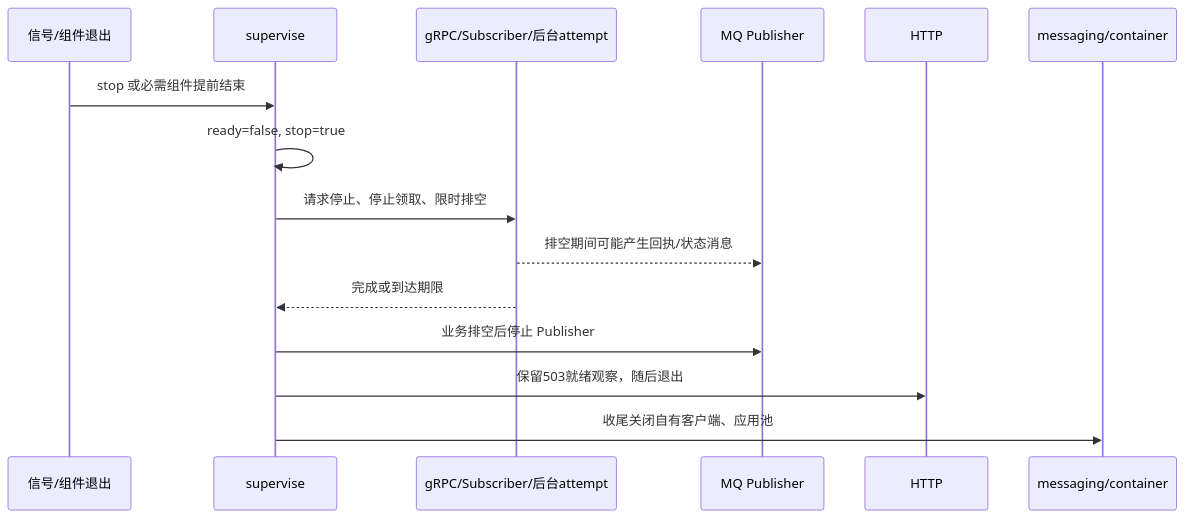
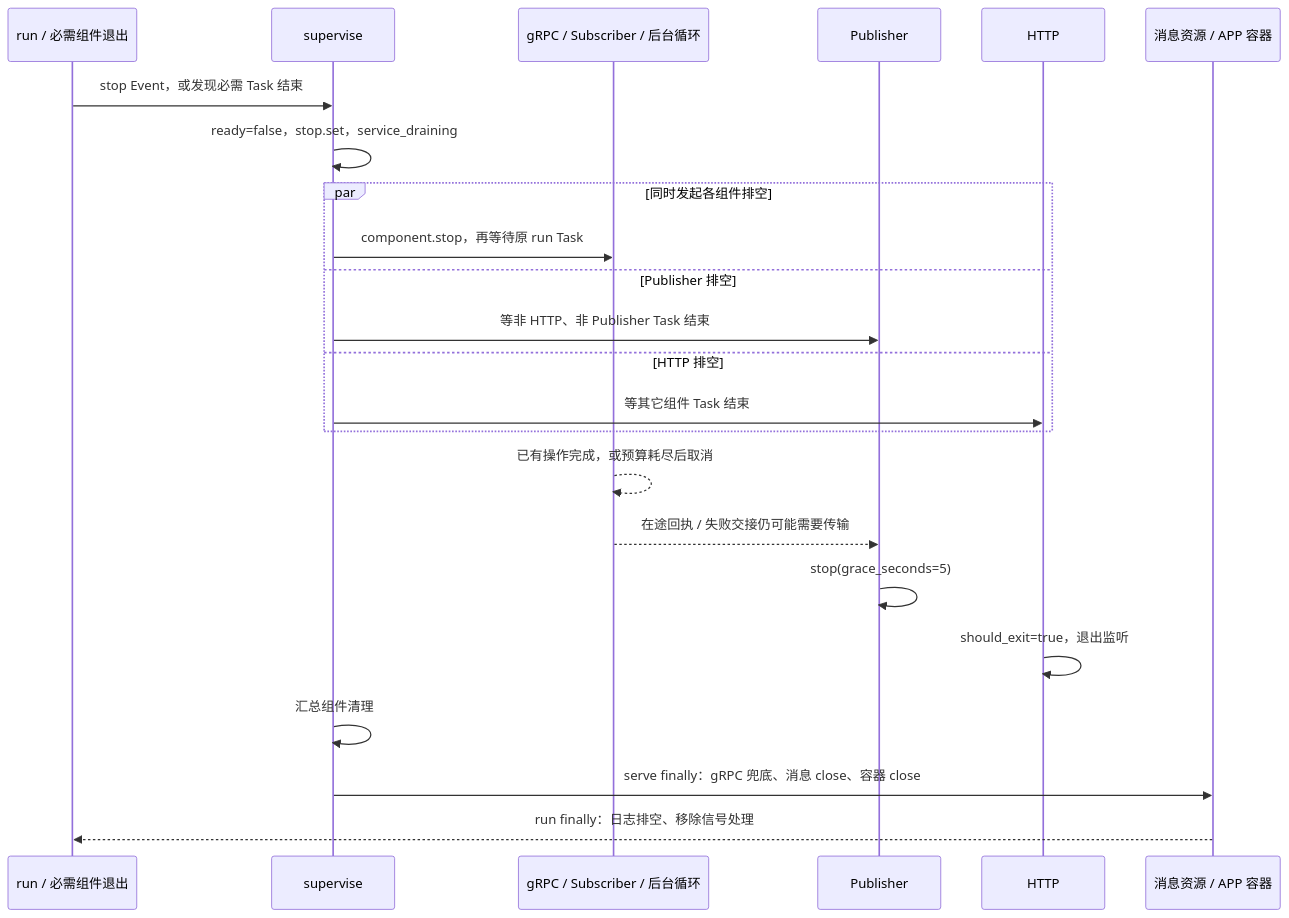
Before and after one commit to FangcunMount/qs-ai: the diagram in docs/01-运行时/04-生命周期与优雅关闭.md, drawn with Mermaid. The commit also changed other lines of this file and 1 other file, not shown here.

````diff
--- a/docs/01-运行时/04-生命周期与优雅关闭.md
+++ b/docs/01-运行时/04-生命周期与优雅关闭.md
@@ -11,17 +25,25 @@
 ```mermaid
 sequenceDiagram
-    participant Signal as 信号/组件退出
-    participant Supervisor as supervise
-    participant Business as gRPC/Subscriber/后台attempt
-    participant Publisher as MQ Publisher
-    participant HTTP as HTTP
-    participant Resources as messaging/container
-    Signal->>Supervisor: stop 或必需组件提前结束
-    Supervisor->>Supervisor: ready=false, stop=true
-    Supervisor->>Business: 请求停止、停止领取、限时排空
-    Business-->>Publisher: 排空期间可能产生回执/状态消息
-    Business-->>Supervisor: 完成或到达期限
-    Supervisor->>Publisher: 业务排空后停止 Publisher
-    Supervisor->>HTTP: 保留503就绪观察，随后退出
-    Supervisor->>Resources: 收尾关闭自有客户端、应用池
+    participant S as run / 必需组件退出
+    participant L as supervise
+    participant B as gRPC / Subscriber / 后台循环
+    participant P as Publisher
+    participant H as HTTP
+    participant R as 消息资源 / APP 容器
+    S->>L: stop Event，或发现必需 Task 结束
+    L->>L: ready=false，stop.set，service_draining
+    par 同时发起各组件排空
+        L->>B: component.stop，再等待原 run Task
+    and Publisher 排空
+        L->>P: 等非 HTTP、非 Publisher Task 结束
+    and HTTP 排空
+        L->>H: 等其它组件 Task 结束
+    end
+    B-->>B: 已有操作完成，或预算耗尽后取消
+    B-->>P: 在途回执 / 失败交接仍可能需要传输
+    P->>P: stop(grace_seconds=5)
+    H->>H: should_exit=true，退出监听
+    L->>L: 汇总组件清理
+    L->>R: serve finally：gRPC 兜底、消息 close、容器 close
+    R-->>S: run finally：日志排空、移除信号处理
 ```
````
